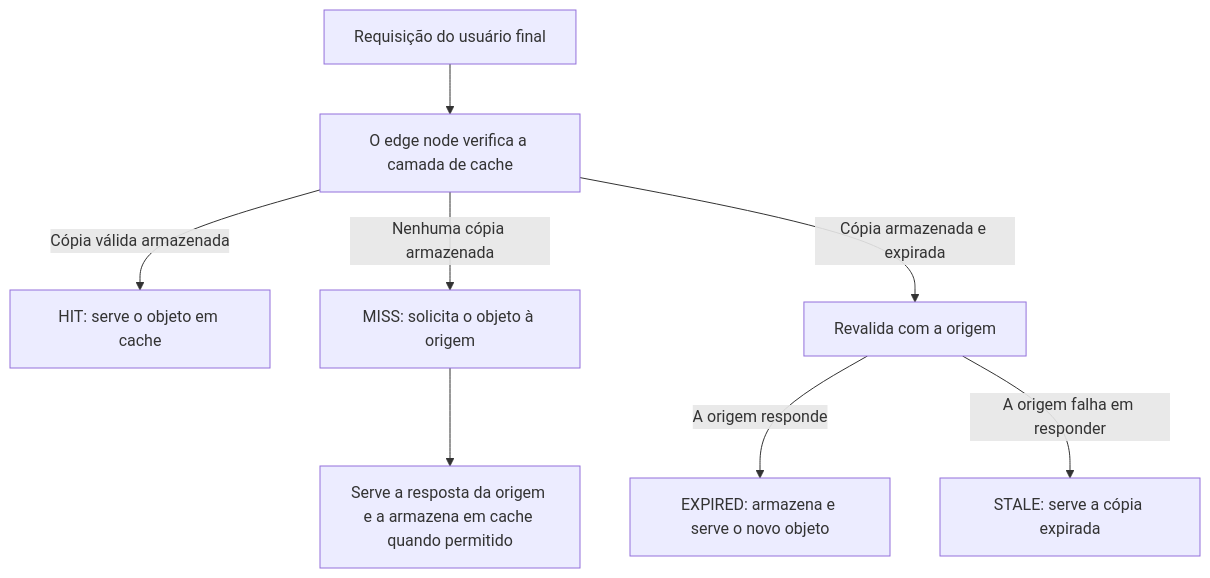
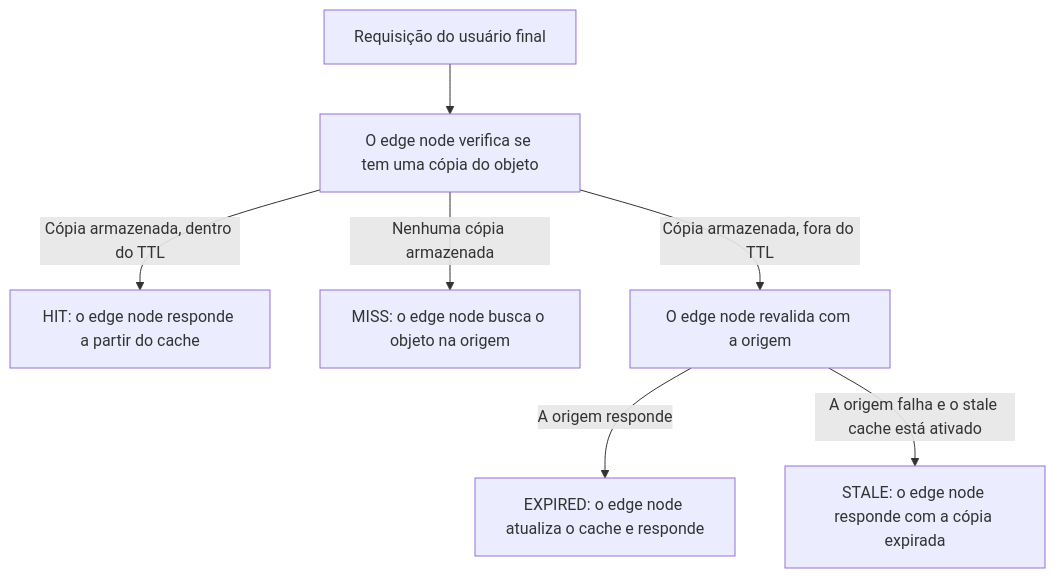
One commit to souzavinny/azion-docs changed the diagram in src/content/docs/pt-br/pages/menu-principal/referencia/build/edge-application/cache-how-it-works.mdx. Above: the diagram before and after it, drawn with Mermaid. The commit also changed other lines of this file and 7 other files, not shown here.

````diff
--- a/src/content/docs/pt-br/pages/menu-principal/referencia/build/edge-application/cache-how-it-works.mdx
+++ b/src/content/docs/pt-br/pages/menu-principal/referencia/build/edge-application/cache-how-it-works.mdx
@@ -22,10 +23,9 @@
 ```mermaid
 flowchart TD
-  A["Requisição do usuário final"] --> B["O edge node verifica a camada de cache"]
-  B -->|"Cópia válida armazenada"| C["HIT: serve o objeto em cache"]
-  B -->|"Nenhuma cópia armazenada"| D["MISS: solicita o objeto à origem"]
-  B -->|"Cópia armazenada e expirada"| E["Revalida com a origem"]
-  D --> F["Serve a resposta da origem e a armazena em cache quando permitido"]
-  E -->|"A origem responde"| G["EXPIRED: armazena e serve o novo objeto"]
-  E -->|"A origem falha em responder"| H["STALE: serve a cópia expirada"]
+  A["Requisição do usuário final"] --> B["O edge node verifica se tem uma cópia do objeto"]
+  B -->|"Cópia armazenada, dentro do TTL"| C["HIT: o edge node responde a partir do cache"]
+  B -->|"Nenhuma cópia armazenada"| D["MISS: o edge node busca o objeto na origem"]
+  B -->|"Cópia armazenada, fora do TTL"| E["O edge node revalida com a origem"]
+  E -->|"A origem responde"| F["EXPIRED: o edge node atualiza o cache e responde"]
+  E -->|"A origem falha e o stale cache está ativado"| G["STALE: o edge node responde com a cópia expirada"]
 ```
````
